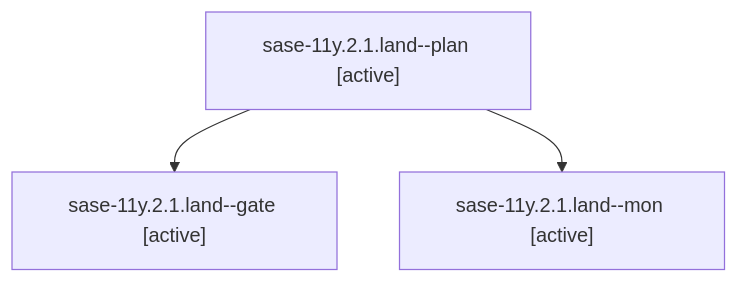
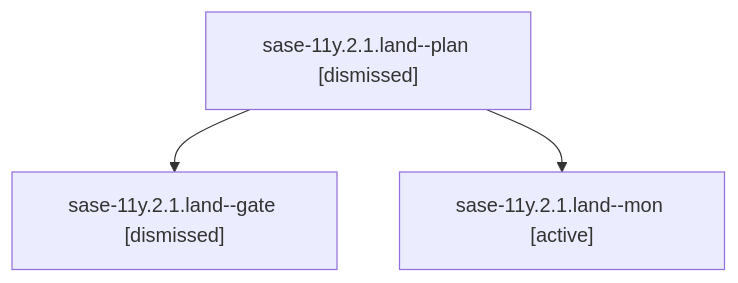
The diagram in sessions/bbugyi200.athena.sase-11y.2.1.land.md (sase-org/sase--agents), drawn with Mermaid before and after one commit. The commit also changed other lines of this file and 252 other files, not shown here.

````diff
--- a/sessions/bbugyi200.athena.sase-11y.2.1.land.md
+++ b/sessions/bbugyi200.athena.sase-11y.2.1.land.md
@@ -9,8 +9,8 @@
 ```mermaid
 flowchart TD
-  n0["sase-11y.2.1.land--plan [active]"]
-  n1["sase-11y.2.1.land--gate [active]"]
+  n0["sase-11y.2.1.land--plan [dismissed]"]
+  n1["sase-11y.2.1.land--gate [dismissed]"]
   n0 --> n1
   n2["sase-11y.2.1.land--mon [active]"]
   n0 --> n2
 ```
````
